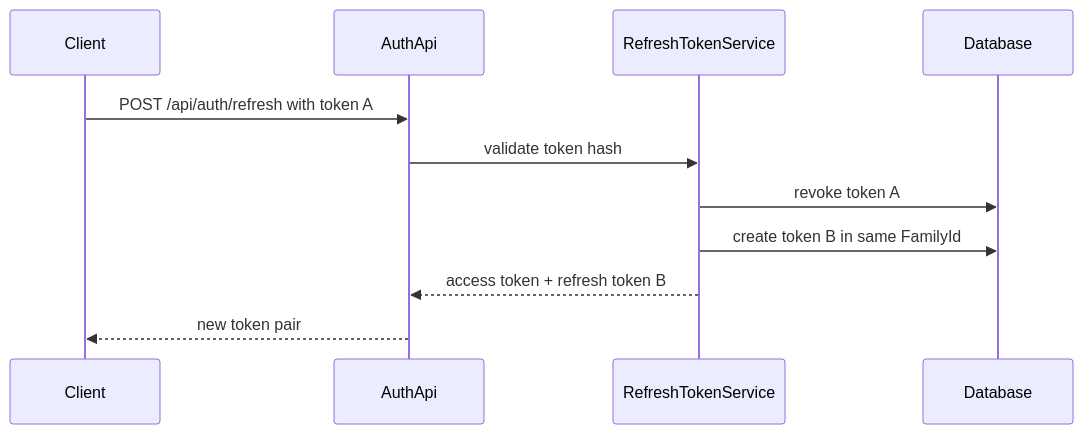
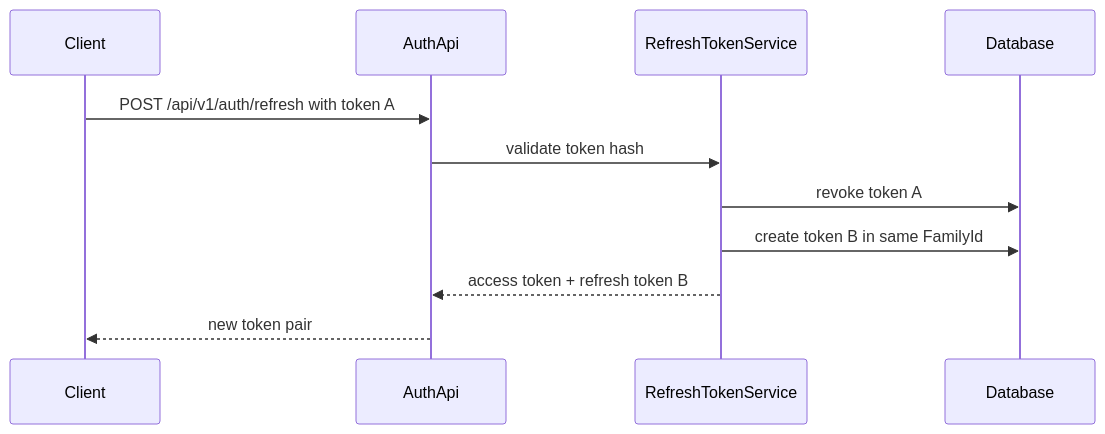
One commit to premix-labs/aspnet-core-web-api-tutorial-book changed the first of 2 diagrams in src/content/docs/part-9-production-hardening/52-refresh-token-rotation.md. Above: the diagram before and after it, drawn with Mermaid. The commit also changed other lines of this file and 89 other files, not shown here.

````diff
--- a/src/content/docs/part-9-production-hardening/52-refresh-token-rotation.md
+++ b/src/content/docs/part-9-production-hardening/52-refresh-token-rotation.md
@@ -13,14 +13,14 @@
 ```mermaid
 sequenceDiagram
     participant Client
     participant AuthApi
     participant RefreshTokenService
     participant Database
 
-    Client->>AuthApi: POST /api/auth/refresh with token A
+    Client->>AuthApi: POST /api/v1/auth/refresh with token A
     AuthApi->>RefreshTokenService: validate token hash
     RefreshTokenService->>Database: revoke token A
     RefreshTokenService->>Database: create token B in same FamilyId
     RefreshTokenService-->>AuthApi: access token + refresh token B
     AuthApi-->>Client: new token pair
 ```
````
